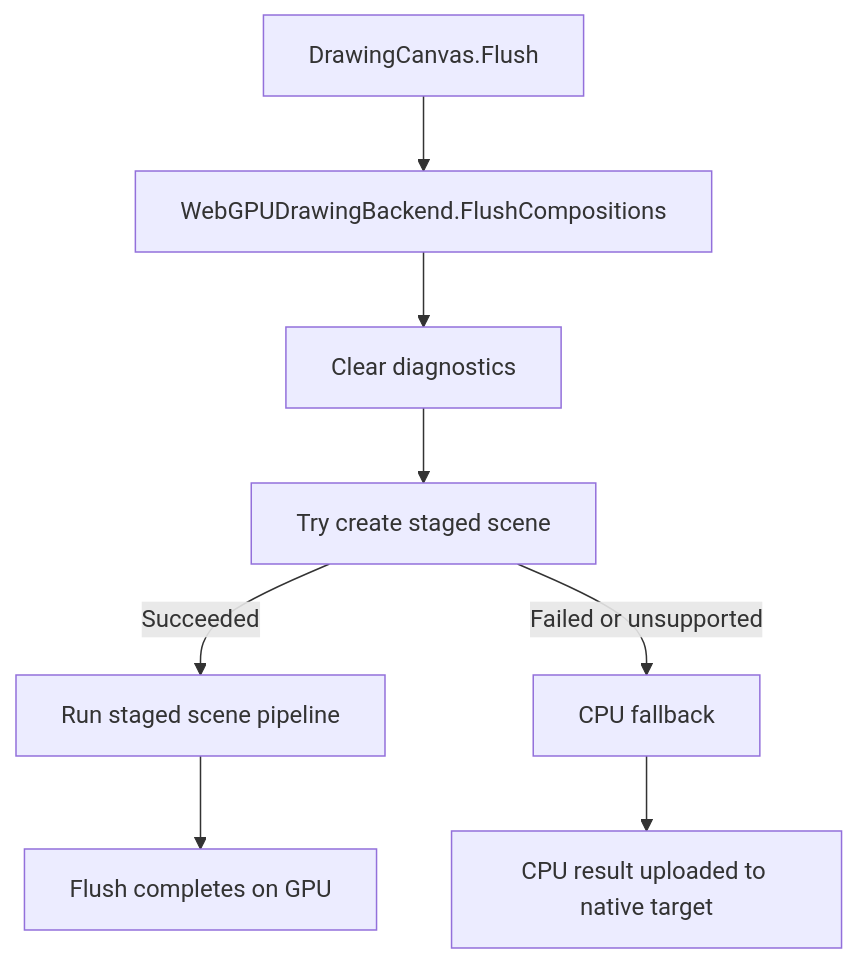
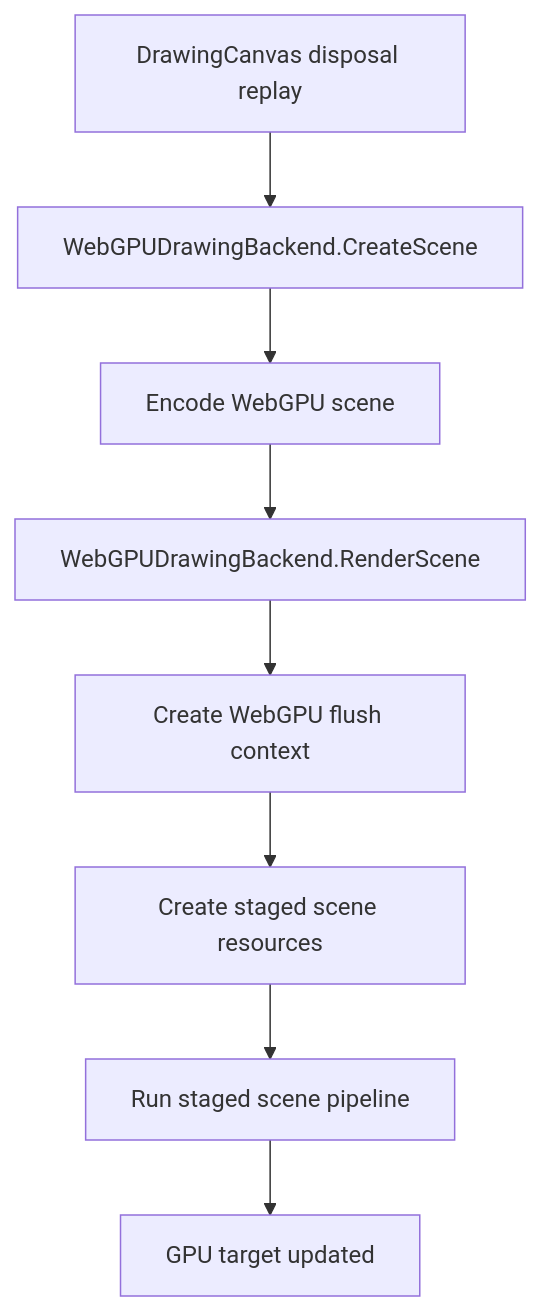
One commit to SixLabors/ImageSharp.Drawing changed the first of 2 diagrams in src/ImageSharp.Drawing.WebGPU/WEBGPU_BACKEND.md. Above: the diagram before and after it, drawn with Mermaid. The commit also changed other lines of this file and 34 other files, not shown here.

Commit message:
Refactor drawing backend API and WebGPU helpers

````diff
--- a/src/ImageSharp.Drawing.WebGPU/WEBGPU_BACKEND.md
+++ b/src/ImageSharp.Drawing.WebGPU/WEBGPU_BACKEND.md
@@ -123,10 +116,10 @@
 ```mermaid
 flowchart TD
-    A[DrawingCanvas.Flush] --> B[WebGPUDrawingBackend.FlushCompositions]
-    B --> C[Clear diagnostics]
-    C --> D[Try create staged scene]
-    D -->|Succeeded| E[Run staged scene pipeline]
-    D -->|Failed or unsupported| F[CPU fallback]
-    E --> G[Flush completes on GPU]
-    F --> H[CPU result uploaded to native target]
+    A[DrawingCanvas disposal replay] --> B[WebGPUDrawingBackend.CreateScene]
+    B --> C[Encode WebGPU scene]
+    C --> D[WebGPUDrawingBackend.RenderScene]
+    D --> E[Create WebGPU flush context]
+    E --> F[Create staged scene resources]
+    F --> G[Run staged scene pipeline]
+    G --> H[GPU target updated]
 ```
````
